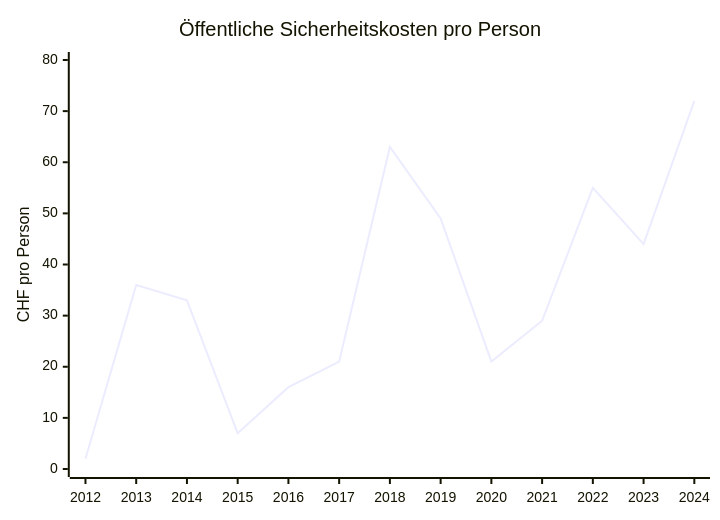
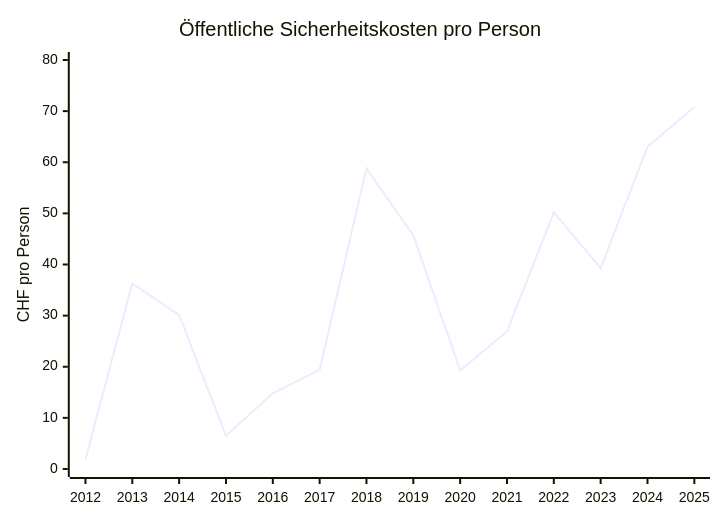
Before and after one commit to risajef/risajef.github.io: the fifth of 8 diagrams in docs/politik/finanzen-beringen.de.md, drawn with Mermaid. The commit also changed other lines of this file and 1 other file, not shown here.

````diff
--- a/docs/politik/finanzen-beringen.de.md
+++ b/docs/politik/finanzen-beringen.de.md
@@ -90,7 +90,7 @@
 ```mermaid
 xychart
 title "Öffentliche Sicherheitskosten pro Person"
-x-axis [2012, 2013, 2014, 2015, 2016, 2017, 2018, 2019, 2020, 2021, 2022, 2023, 2024]
+x-axis [2012, 2013, 2014, 2015, 2016, 2017, 2018, 2019, 2020, 2021, 2022, 2023, 2024, 2025]
 y-axis  "CHF pro Person" 0 --> 80
-line [2, 36, 33, 7, 16, 21, 63, 49, 21, 29, 55, 44, 72]
+line [1.9, 36.3, 30.1, 6.5, 14.8, 19.4, 58.8, 45.7, 19.3, 26.9, 50.2, 39.3, 63.0, 70.8]
 ```
````
